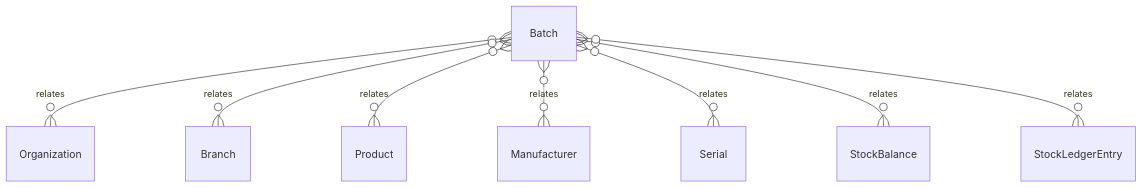
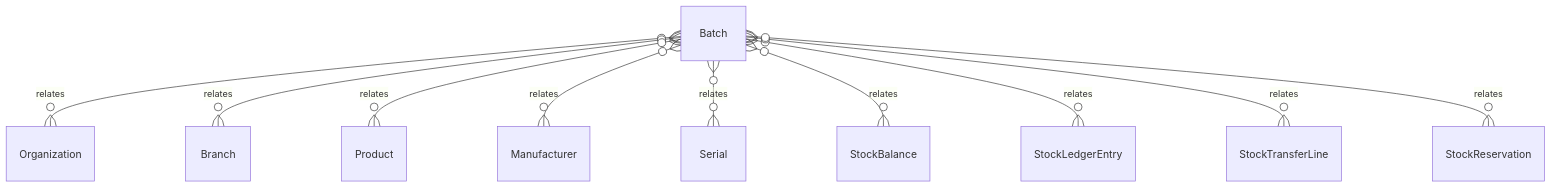
Before and after one commit to tejasnirala/rcln: the diagram in .kb/Database/Batch.md, drawn with Mermaid. The commit also changed other lines of this file and 117 other files, not shown here.

````diff
--- a/.kb/Database/Batch.md
+++ b/.kb/Database/Batch.md
@@ -63,10 +66,12 @@
 ```mermaid
 erDiagram
     Batch }o--o{ Organization : relates
     Batch }o--o{ Branch : relates
     Batch }o--o{ Product : relates
     Batch }o--o{ Manufacturer : relates
     Batch }o--o{ Serial : relates
     Batch }o--o{ StockBalance : relates
     Batch }o--o{ StockLedgerEntry : relates
+    Batch }o--o{ StockTransferLine : relates
+    Batch }o--o{ StockReservation : relates
 ```
````
